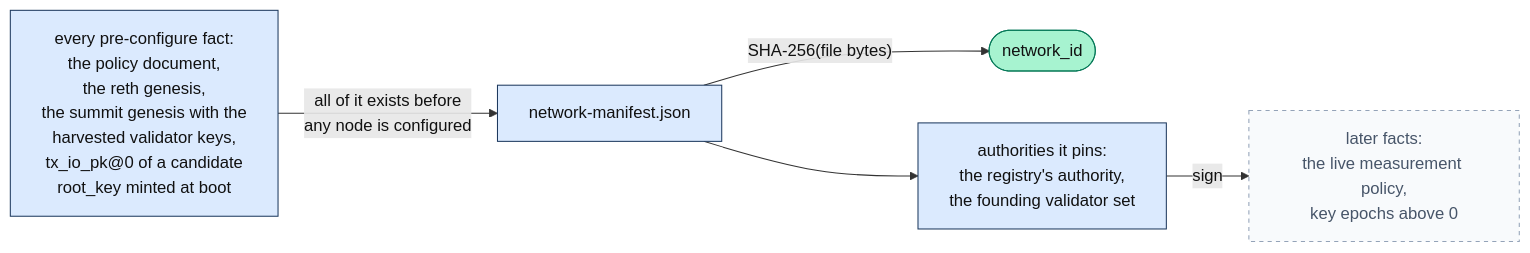
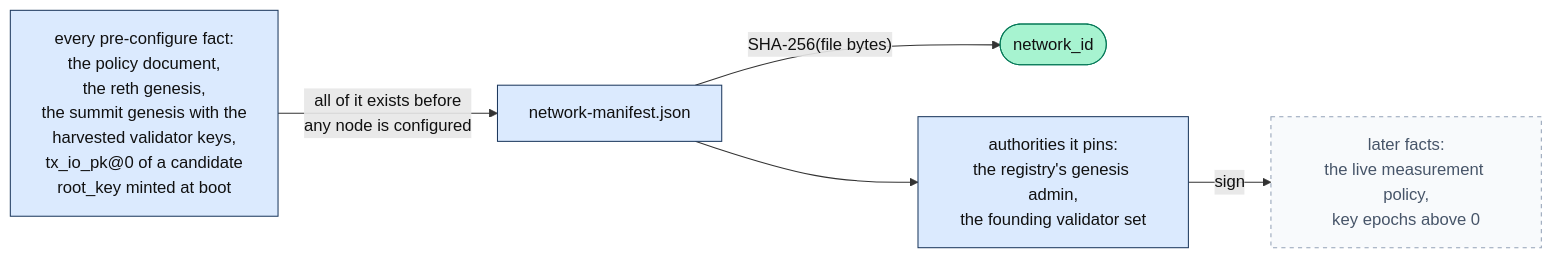
One commit to SeismicSystems/seismic changed the second of 2 diagrams in docs/tee/network-manifest.md. Above: the diagram before and after it, drawn with Mermaid. The commit also changed other lines of this file and 13 other files, not shown here.

````diff
--- a/docs/tee/network-manifest.md
+++ b/docs/tee/network-manifest.md
@@ -235,17 +229,17 @@
 ```mermaid
 flowchart LR
     PRE["every pre-configure fact:<br/>the policy document,<br/>the reth genesis,<br/>the summit genesis with the<br/>harvested validator keys,<br/>tx_io_pk@0 of a candidate<br/>root_key minted at boot"]
     M["network-manifest.json"]
     NID(["network_id"])
-    AUTH["authorities it pins:<br/>the registry's authority,<br/>the founding validator set"]
+    AUTH["authorities it pins:<br/>the registry's genesis admin,<br/>the founding validator set"]
     LATER["later facts:<br/>the live measurement policy,<br/>key epochs above 0"]
     PRE -->|"all of it exists before<br/>any node is configured"| M
     M -->|"SHA-256(file bytes)"| NID
     M --> AUTH -->|"sign"| LATER
     classDef pinned fill:#dbeafe,stroke:#1e3a5f,color:#111;
     classDef root fill:#a7f3d0,stroke:#047857,color:#111;
     classDef later fill:#f8fafc,stroke:#94a3b8,stroke-dasharray:4,color:#475569;
     class PRE,M,AUTH pinned;
     class NID root;
     class LATER later;
 ```
````
